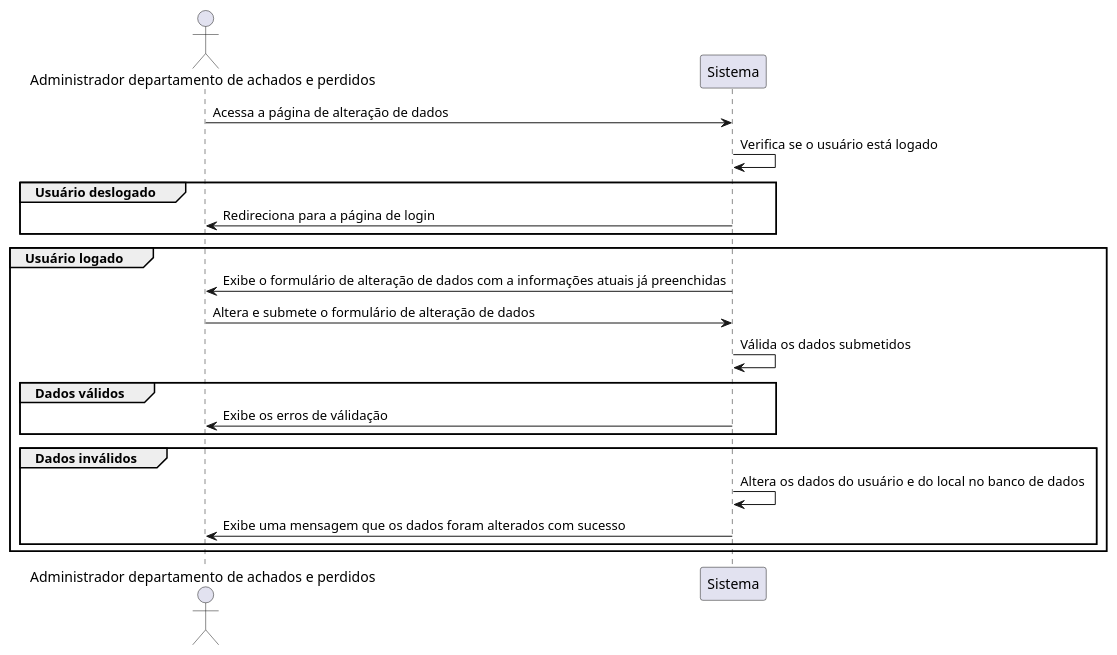
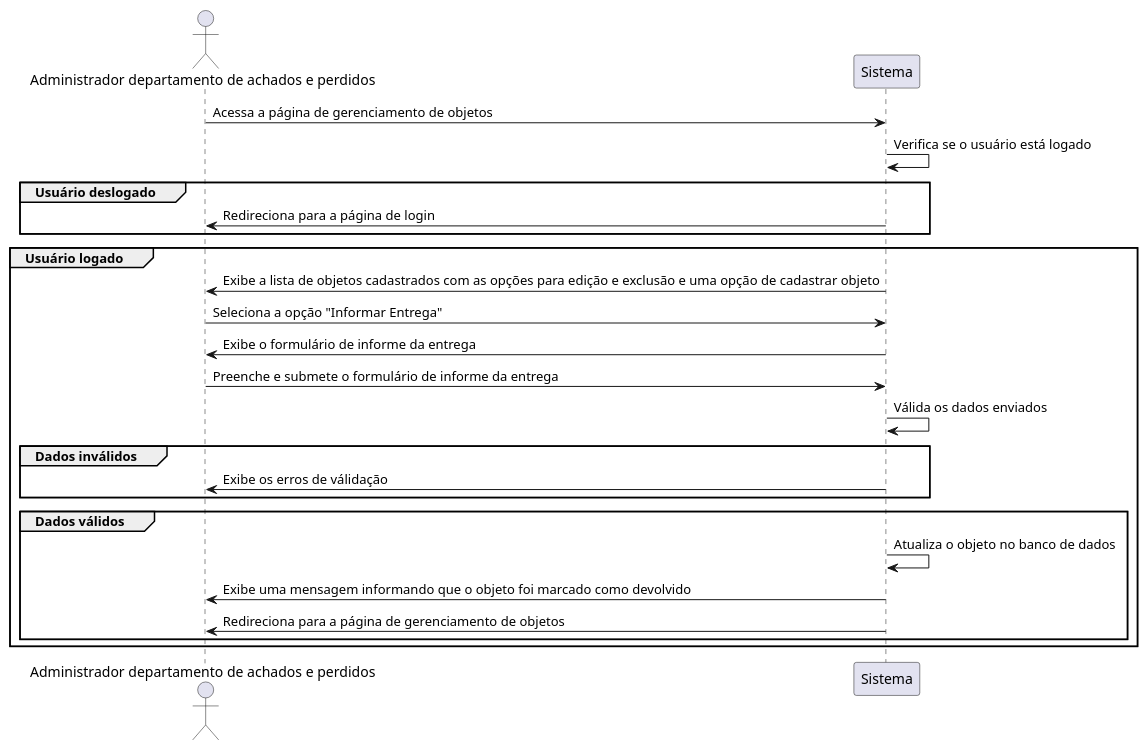
Before and after one commit to treinaweb/desafio-achados-e-perdidos: the diagram in casos-de-uso/administrador/RAP05.wsd, drawn with PlantUML. The commit also changed 16 other files, not shown here.

```diff
--- a/casos-de-uso/administrador/RAP05.wsd
+++ b/casos-de-uso/administrador/RAP05.wsd
@@ -1,28 +1,31 @@
 @startuml RAP05
 
 actor "Administrador departamento de achados e perdidos" as admin
 participant "Sistema" as sistema
 
-admin -> sistema: Acessa a página de alteração de dados
+admin -> sistema: Acessa a página de gerenciamento de objetos
 sistema -> sistema: Verifica se o usuário está logado
 
 group Usuário deslogado
   sistema -> admin: Redireciona para a página de login
 end
 
 group Usuário logado
-  sistema -> admin: Exibe o formulário de alteração de dados com a informações atuais já preenchidas
-  admin -> sistema: Altera e submete o formulário de alteração de dados
-  sistema -> sistema: Válida os dados submetidos
+  sistema -> admin: Exibe a lista de objetos cadastrados com as opções para edição e exclusão e uma opção de cadastrar objeto
+  admin -> sistema: Seleciona a opção "Informar Entrega"
+  sistema -> admin: Exibe o formulário de informe da entrega
+  admin -> sistema: Preenche e submete o formulário de informe da entrega
+  sistema -> sistema: Válida os dados enviados
 
-  group Dados válidos
+  group Dados inválidos
     sistema -> admin: Exibe os erros de válidação
   end
 
-  group Dados inválidos
-    sistema -> sistema: Altera os dados do usuário e do local no banco de dados
-    sistema -> admin: Exibe uma mensagem que os dados foram alterados com sucesso
+  group Dados válidos
+    sistema -> sistema: Atualiza o objeto no banco de dados
+    sistema -> admin: Exibe uma mensagem informando que o objeto foi marcado como devolvido
+    sistema -> admin: Redireciona para a página de gerenciamento de objetos
   end
 end
 
 @enduml
```
